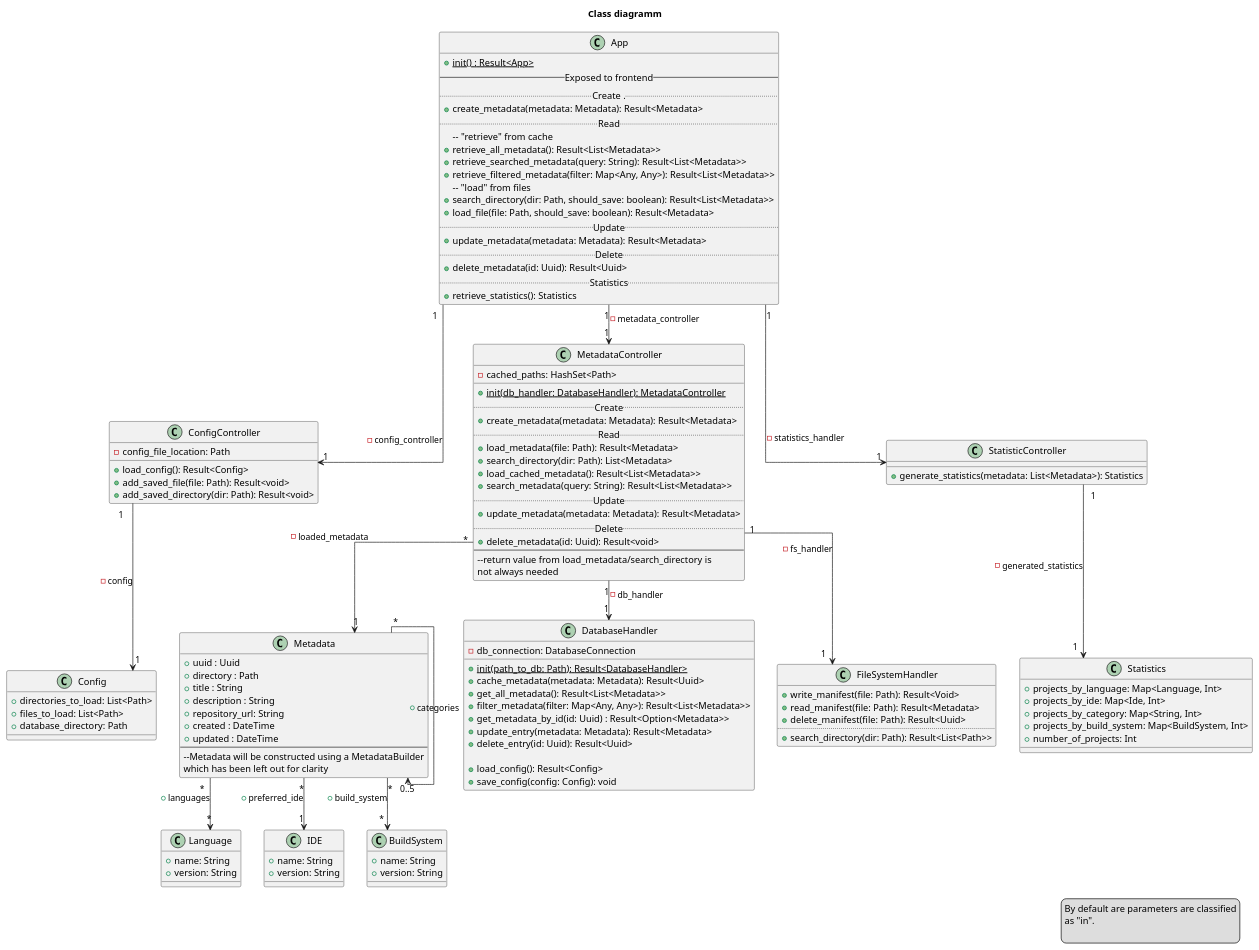
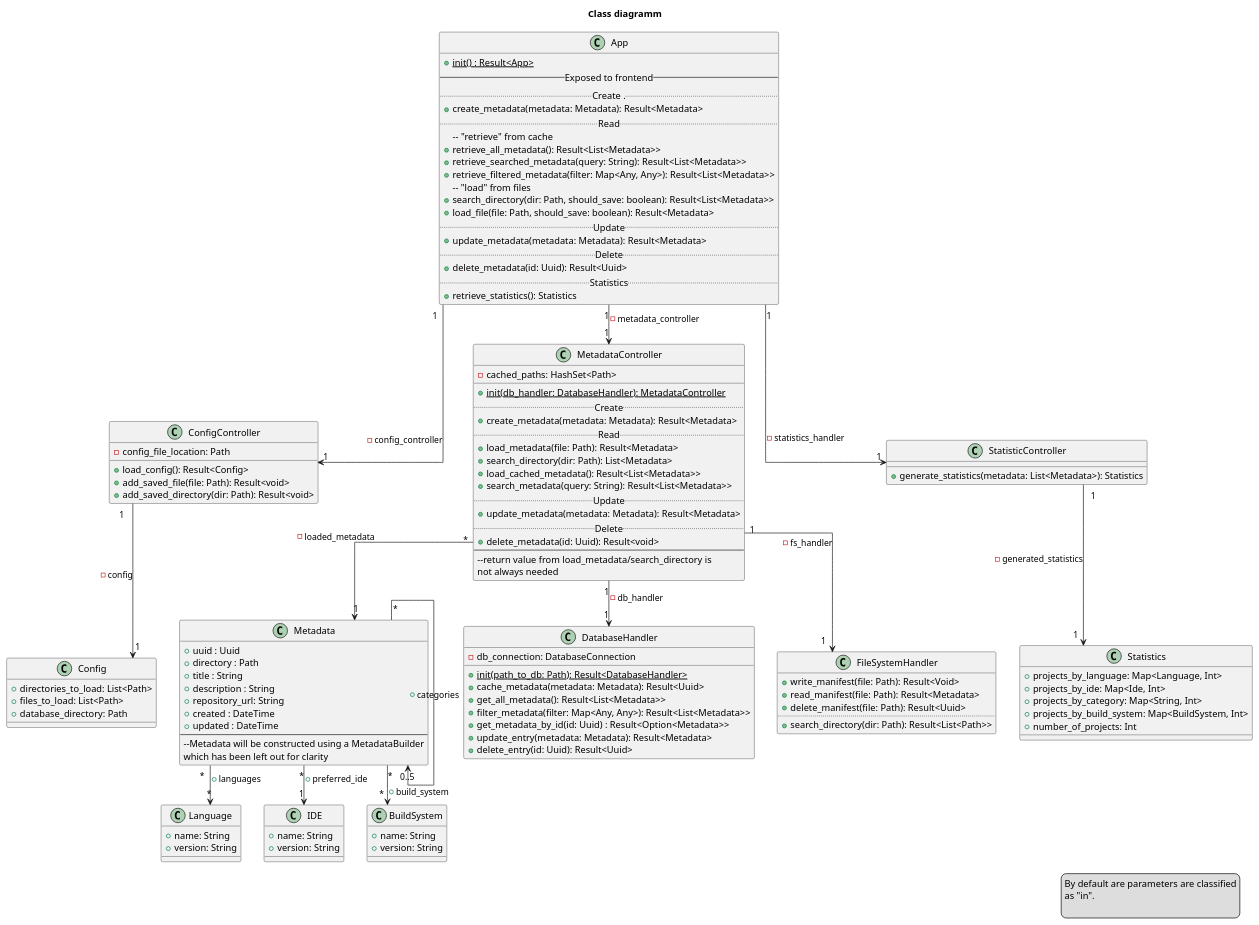
One commit to SoftwareEngineeringOne/wiki changed the first of 10 diagrams in wiki/topics/Inkremente/04/Grobdesign.md. Above: the diagram before and after it, drawn with PlantUML.

```diff
--- a/wiki/topics/Inkremente/04/Grobdesign.md
+++ b/wiki/topics/Inkremente/04/Grobdesign.md
@@ -143,9 +143,6 @@
     +get_metadata_by_id(id: Uuid) : Result<Option<Metadata>>
     +update_entry(metadata: Metadata): Result<Metadata>
     +delete_entry(id: Uuid): Result<Uuid>
-
-    +load_config(): Result<Config>
-    +save_config(config: Config): void
 }
 
 class FileSystemHandler {
```
